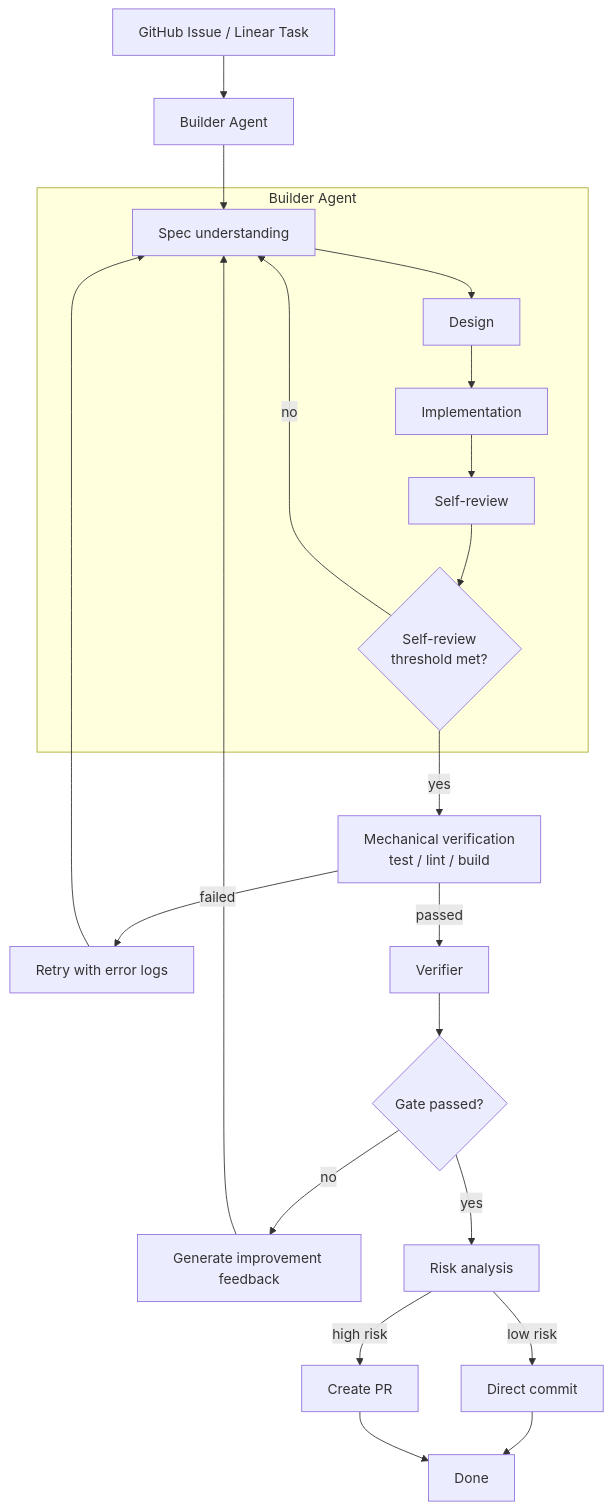
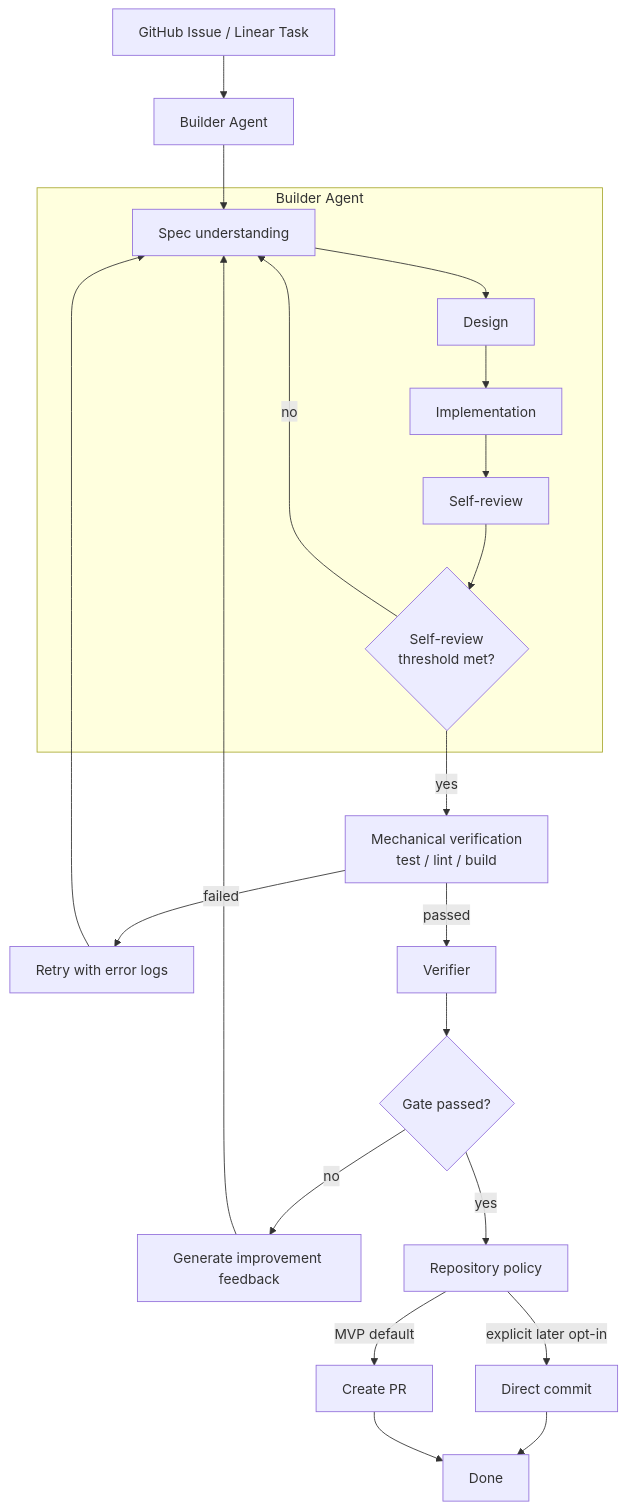
Before and after one commit to kaizen-agents-org/.github: the eighth of 10 diagrams in docs/architecture.md, drawn with Mermaid. The commit also changed other lines of this file and 3 other files, not shown here.

````diff
--- a/docs/architecture.md
+++ b/docs/architecture.md
@@ -224,34 +224,34 @@
 ```mermaid
 flowchart TB
     Task["GitHub Issue / Linear Task"] --> Start["Builder Agent"]
 
     subgraph BuilderAgent["Builder Agent"]
         Spec["Spec understanding"]
         Design["Design"]
         Implement["Implementation"]
         SelfReview["Self-review"]
         Threshold{"Self-review<br/>threshold met?"}
 
         Spec --> Design --> Implement --> SelfReview --> Threshold
         Threshold -->|no| Spec
     end
 
     Start --> Spec
     Threshold -->|yes| Checks["Mechanical verification<br/>test / lint / build"]
 
     Checks -->|failed| Logs["Retry with error logs"]
     Logs --> Spec
 
     Checks -->|passed| Verifier["Verifier"]
     Verifier --> Gate{"Gate passed?"}
 
     Gate -->|no| Feedback["Generate improvement feedback"]
     Feedback --> Spec
 
-    Gate -->|yes| Risk["Risk analysis"]
-    Risk -->|low risk| Commit["Direct commit"]
-    Risk -->|high risk| PR["Create PR"]
+    Gate -->|yes| Risk["Repository policy"]
+    Risk -->|MVP default| PR["Create PR"]
+    Risk -->|explicit later opt-in| Commit["Direct commit"]
 
     Commit --> Done["Done"]
     PR --> Done
 ```
````
